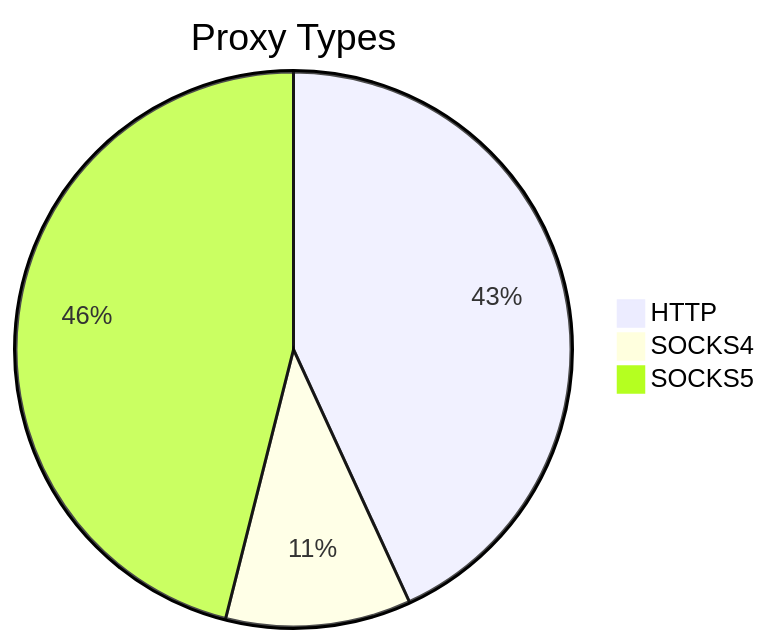
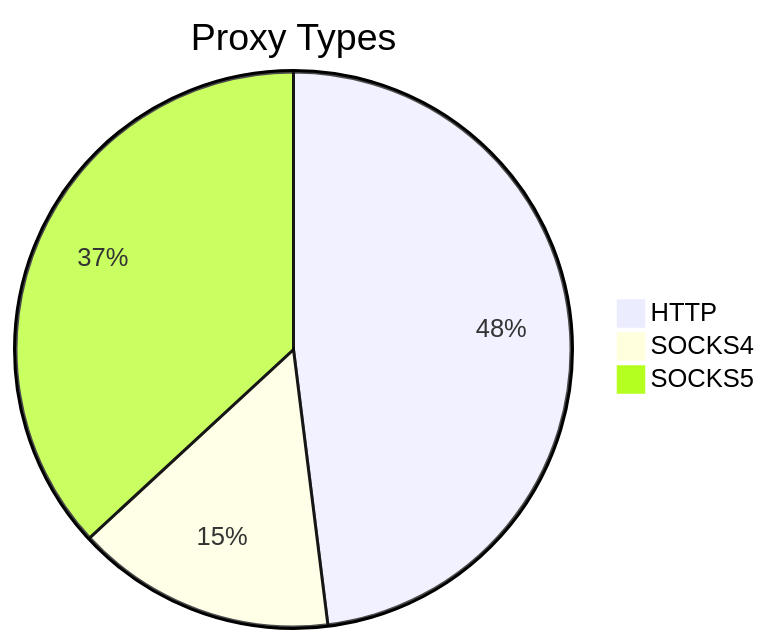
One commit to stormsia/proxy-list changed the first of 2 diagrams in README.md. Above: the diagram before and after it, drawn with Mermaid. The commit also changed other lines of this file, not shown here.

````diff
--- a/README.md
+++ b/README.md
@@ -21,6 +21,6 @@
 ```mermaid
 pie title Proxy Types
-    "HTTP" : 148
-    "SOCKS4" : 37
-    "SOCKS5" : 158
+    "HTTP" : 267
+    "SOCKS4" : 84
+    "SOCKS5" : 205
 ```
````
